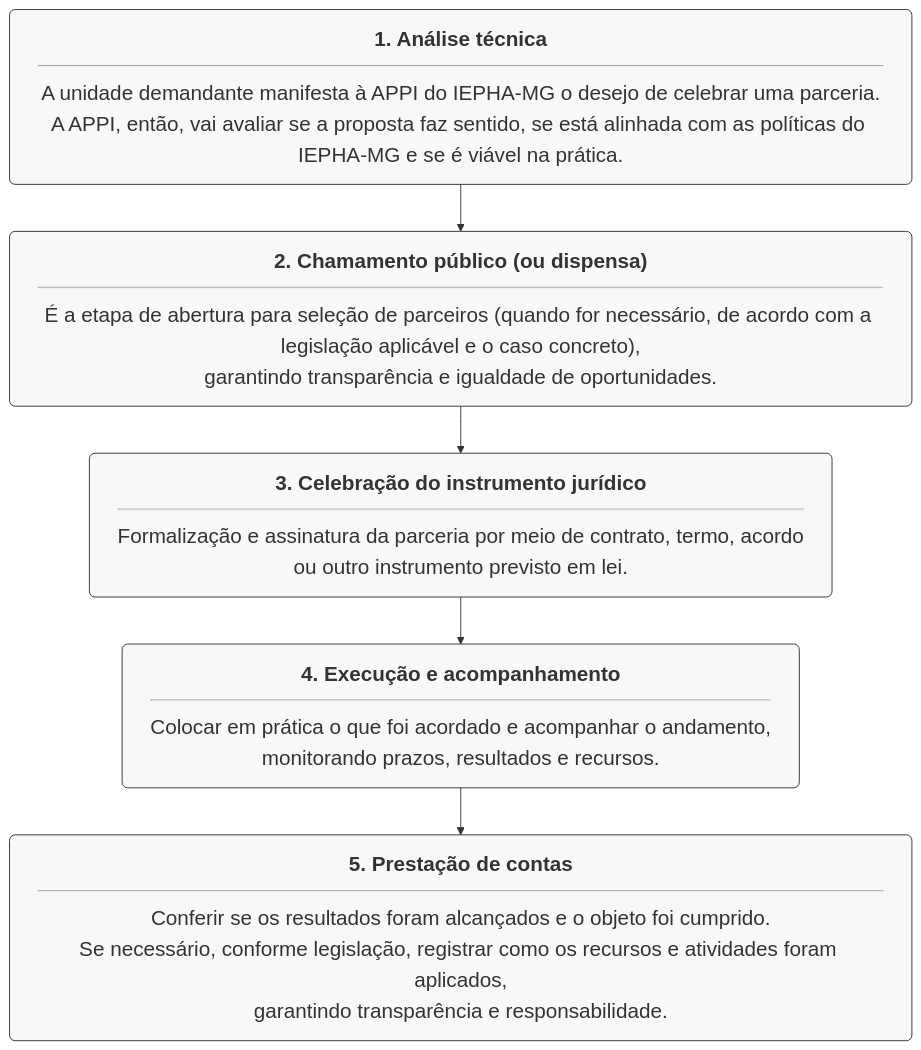
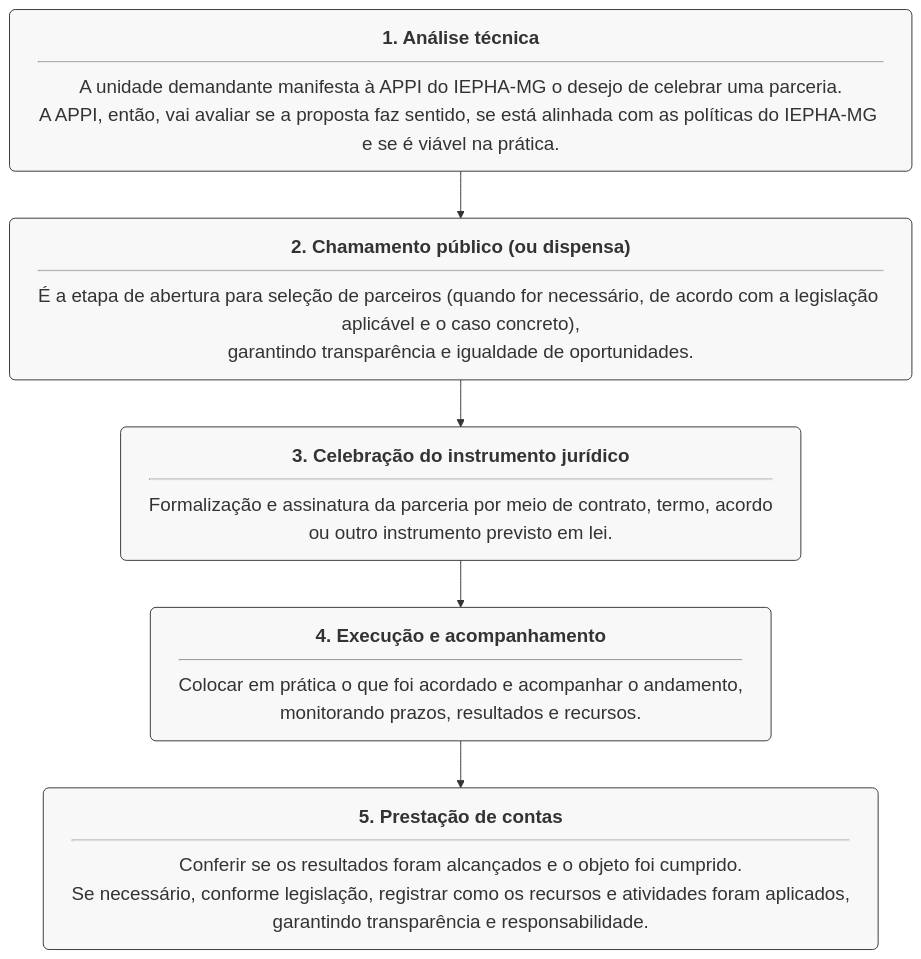
The first of 7 diagrams in docs/intro/dicas.md (iepha-mg/manual.appi), drawn with Mermaid before and after one commit. The commit also changed other lines of this file, not shown here.

````diff
--- a/docs/intro/dicas.md
+++ b/docs/intro/dicas.md
@@ -9,16 +9,16 @@
     ```mermaid
     %%{init: { 'flowchart': { 'htmlLabels': true, 'wrappingWidth': 900 }, 'maxTextSize': 90000 }}%%
     flowchart TD
         A1["<b>1. Análise técnica</b><hr>A unidade demandante manifesta à APPI do IEPHA-MG o desejo de celebrar uma parceria.<br>A APPI, então, vai avaliar se a proposta faz sentido, se está alinhada com as políticas do IEPHA-MG e se é viável na prática."]
         A2["<b>2. Chamamento público (ou dispensa)</b><hr>É a etapa de abertura para seleção de parceiros (quando for necessário, de acordo com a legislação aplicável e o caso concreto),<br>garantindo transparência e igualdade de oportunidades."]
         A3["<b>3. Celebração do instrumento jurídico</b><hr>Formalização e assinatura da parceria por meio de contrato, termo, acordo<br>ou outro instrumento previsto em lei."]
         A4["<b>4. Execução e acompanhamento</b><hr>Colocar em prática o que foi acordado e acompanhar o andamento,<br>monitorando prazos, resultados e recursos."]
         A5["<b>5. Prestação de contas</b><hr>Conferir se os resultados foram alcançados e o objeto foi cumprido.<br>Se necessário, conforme legislação, registrar como os recursos e atividades foram aplicados,<br>garantindo transparência e responsabilidade."]
         
         A1 --> A2
         A2 --> A3
         A3 --> A4
         A4 --> A5
 
-        classDef default stroke:#333,stroke-width:1px,fill:#f8f8f8,rx:6,ry:6,font-size:22px;
+        classDef default stroke:#333,stroke-width:1px,fill:#f8f8f8,rx:6,ry:6,font-size:20px;
     ```
````
